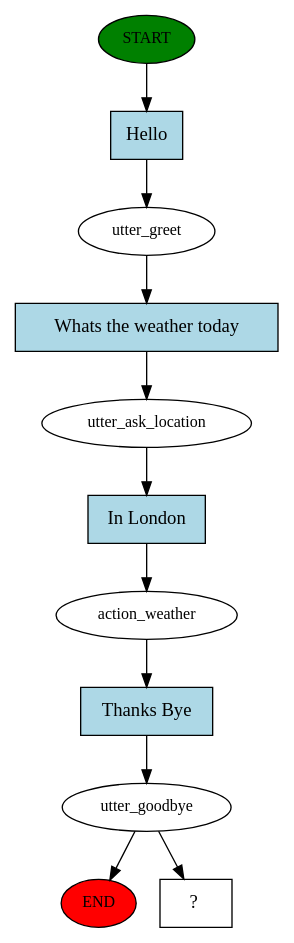
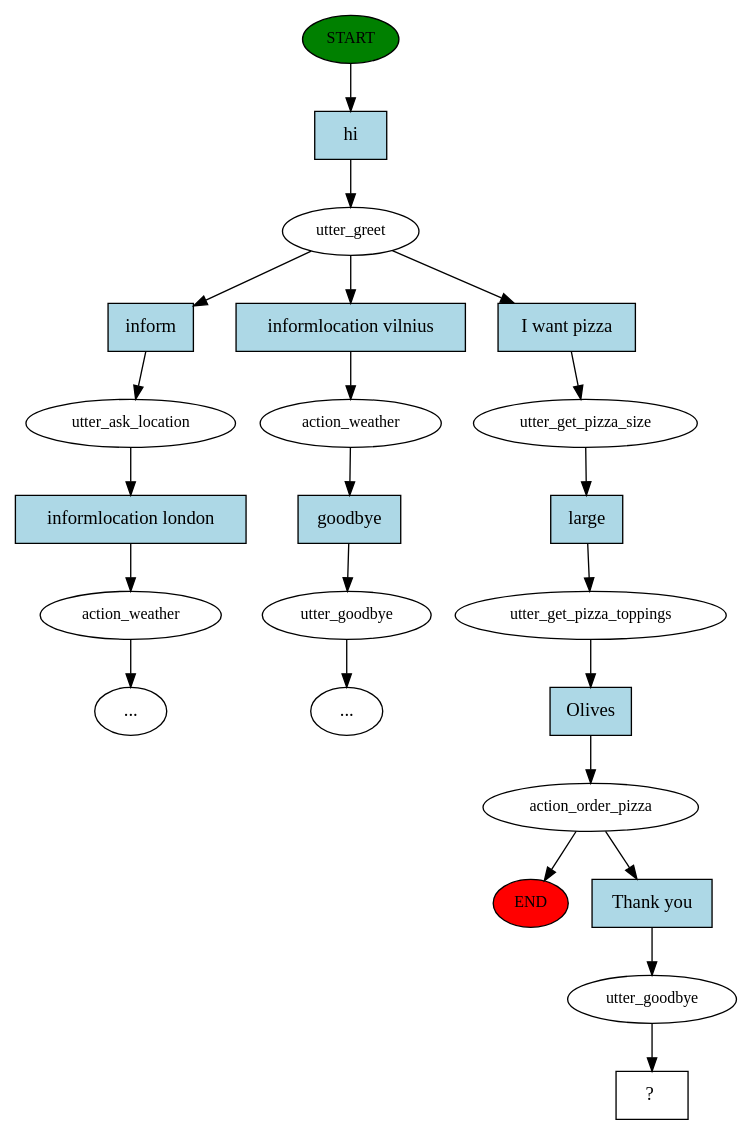
The diagram in story_graph.dot (ChikkaUdayaSai/rasa_bot), drawn with Graphviz before and after one commit. The commit also changed 20 other files, not shown here.

```diff
--- a/story_graph.dot
+++ b/story_graph.dot
@@ -1,23 +1,47 @@
 digraph  {
 0 [class="start active", fillcolor=green, fontsize=12, label=START, style=filled];
 "-1" [class=end, fillcolor=red, fontsize=12, label=END, style=filled];
 1 [class=active, fontsize=12, label=utter_greet];
-2 [class=active, fontsize=12, label=utter_ask_location];
-3 [class=active, fontsize=12, label=action_weather];
-4 [class=active, fontsize=12, label=utter_goodbye];
-9 [class="intent dashed active", label="  ?  ", shape=rect];
-10 [class="intent active", fillcolor=lightblue, label=Hello, shape=rect, style=filled];
-11 [class="intent active", fillcolor=lightblue, label="Whats the weather today", shape=rect, style=filled];
-12 [class="intent active", fillcolor=lightblue, label="In London", shape=rect, style=filled];
-13 [class="intent active", fillcolor=lightblue, label="Thanks Bye", shape=rect, style=filled];
-0 -> 10  [class=active, key=0];
-1 -> 11  [class=active, key=0];
-2 -> 12  [class=active, key=0];
-3 -> 13  [class=active, key=0];
-4 -> "-1"  [class="", key=NONE, label=""];
-4 -> 9  [class=active, key=NONE, label=""];
-10 -> 1  [class=active, key=0];
-11 -> 2  [class=active, key=0];
-12 -> 3  [class=active, key=0];
-13 -> 4  [class=active, key=0];
+2 [class="", fontsize=12, label=utter_ask_location];
+3 [class="", fontsize=12, label=action_weather];
+"-3" [class=ellipsis, label="..."];
+5 [class="", fontsize=12, label=action_weather];
+6 [class="", fontsize=12, label=utter_goodbye];
+"-4" [class=ellipsis, label="..."];
+8 [class=active, fontsize=12, label=utter_get_pizza_size];
+9 [class=active, fontsize=12, label=utter_get_pizza_toppings];
+10 [class=active, fontsize=12, label=action_order_pizza];
+15 [class=active, fontsize=12, label=utter_goodbye];
+16 [class="intent dashed active", label="  ?  ", shape=rect];
+17 [class="intent active", fillcolor=lightblue, label=hi, shape=rect, style=filled];
+18 [class=intent, fillcolor=lightblue, label=inform, shape=rect, style=filled];
+19 [class=intent, fillcolor=lightblue, label="informlocation vilnius", shape=rect, style=filled];
+20 [class="intent active", fillcolor=lightblue, label="I want pizza", shape=rect, style=filled];
+21 [class=intent, fillcolor=lightblue, label="informlocation london", shape=rect, style=filled];
+22 [class=intent, fillcolor=lightblue, label=goodbye, shape=rect, style=filled];
+23 [class="intent active", fillcolor=lightblue, label=large, shape=rect, style=filled];
+24 [class="intent active", fillcolor=lightblue, label=Olives, shape=rect, style=filled];
+25 [class="intent active", fillcolor=lightblue, label="Thank you", shape=rect, style=filled];
+0 -> 17  [class=active, key=0];
+1 -> 18  [class="", key=0];
+1 -> 19  [class="", key=0];
+1 -> 20  [class=active, key=0];
+2 -> 21  [class="", key=0];
+3 -> "-3"  [class="", key=NONE, label=""];
+5 -> 22  [class="", key=0];
+6 -> "-4"  [class="", key=NONE, label=""];
+8 -> 23  [class=active, key=0];
+9 -> 24  [class=active, key=0];
+10 -> "-1"  [class="", key=NONE, label=""];
+10 -> 25  [class=active, key=0];
+15 -> 16  [class=active, key=NONE, label=""];
+17 -> 1  [class=active, key=0];
+18 -> 2  [class="", key=0];
+19 -> 5  [class="", key=0];
+20 -> 8  [class=active, key=0];
+21 -> 3  [class="", key=0];
+22 -> 6  [class="", key=0];
+23 -> 9  [class=active, key=0];
+24 -> 10  [class=active, key=0];
+25 -> 15  [class=active, key=0];
 }
```
